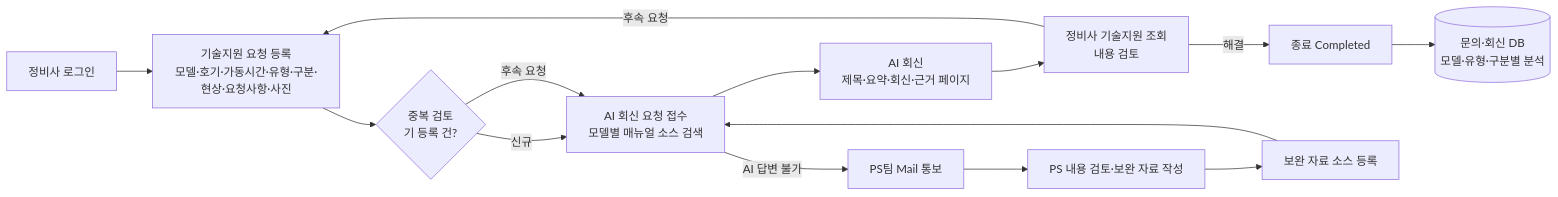
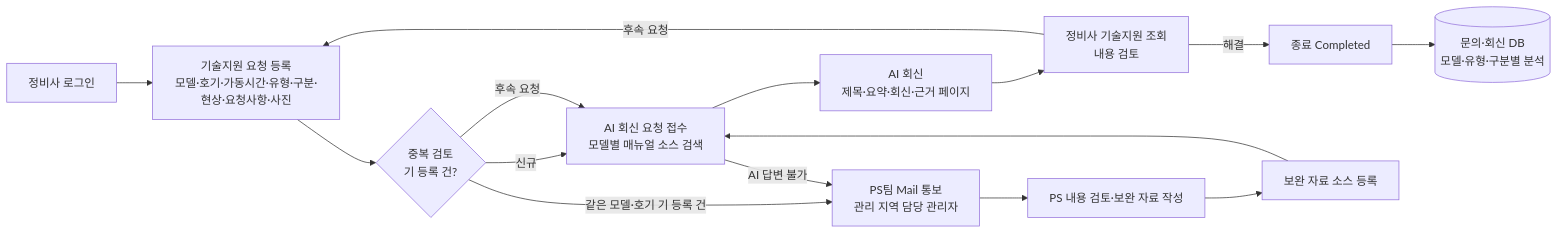
The diagram in docs/01_프로젝트_기획서.md (aebonlee/data09-01), drawn with Mermaid before and after one commit. The commit also changed other lines of this file and 27 other files, not shown here.

````diff
--- a/docs/01_프로젝트_기획서.md
+++ b/docs/01_프로젝트_기획서.md
@@ -55,16 +56,17 @@
 ```mermaid
 flowchart LR
   A[정비사 로그인] --> B[기술지원 요청 등록<br/>모델·호기·가동시간·유형·구분·현상·요청사항·사진]
   B --> C{중복 검토<br/>기 등록 건?}
   C -- 신규 --> D[AI 회신 요청 접수<br/>모델별 매뉴얼 소스 검색]
   C -- 후속 요청 --> D
+  C -- 같은 모델·호기 기 등록 건 --> H
   D --> E[AI 회신<br/>제목·요약·회신·근거 페이지]
   E --> F[정비사 기술지원 조회<br/>내용 검토]
   F -- 해결 --> G[종료 Completed]
   F -- 후속 요청 --> B
-  D -- AI 답변 불가 --> H[PS팀 Mail 통보]
+  D -- AI 답변 불가 --> H[PS팀 Mail 통보<br/>관리 지역 담당 관리자]
   H --> I[PS 내용 검토·보완 자료 작성]
   I --> J[보완 자료 소스 등록]
   J --> D
   G --> K[(문의·회신 DB<br/>모델·유형·구분별 분석)]
 ```
````
